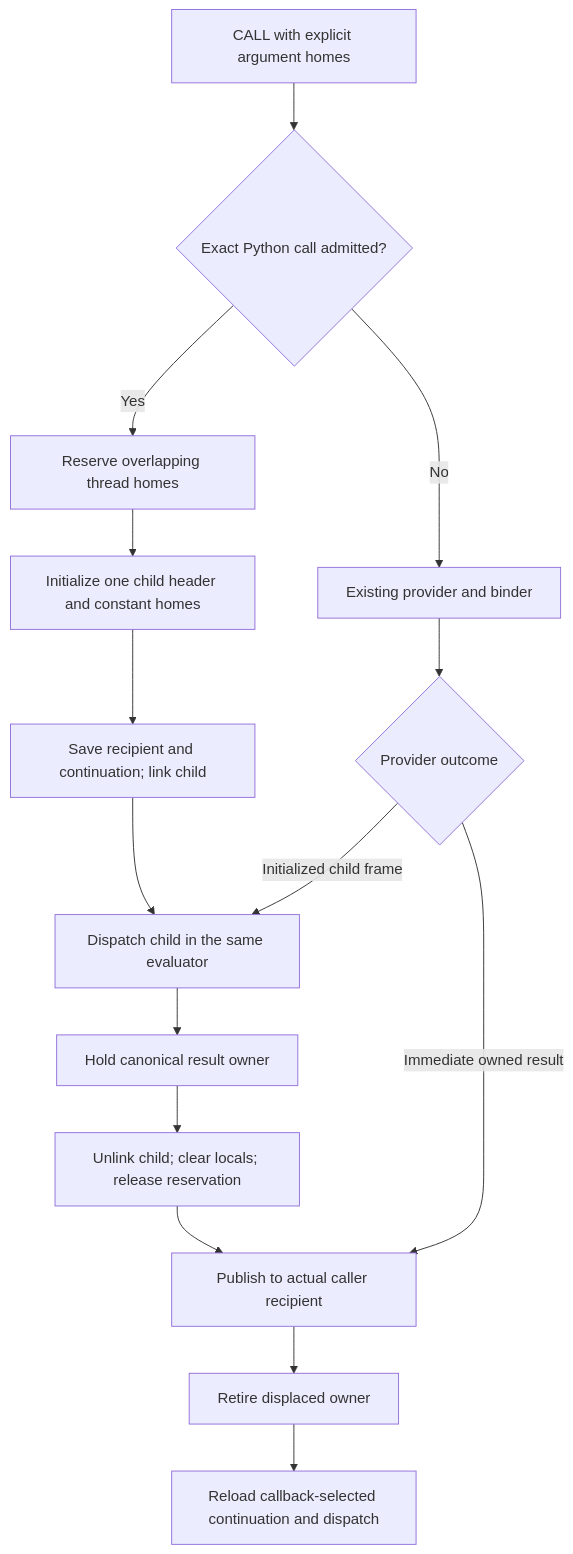
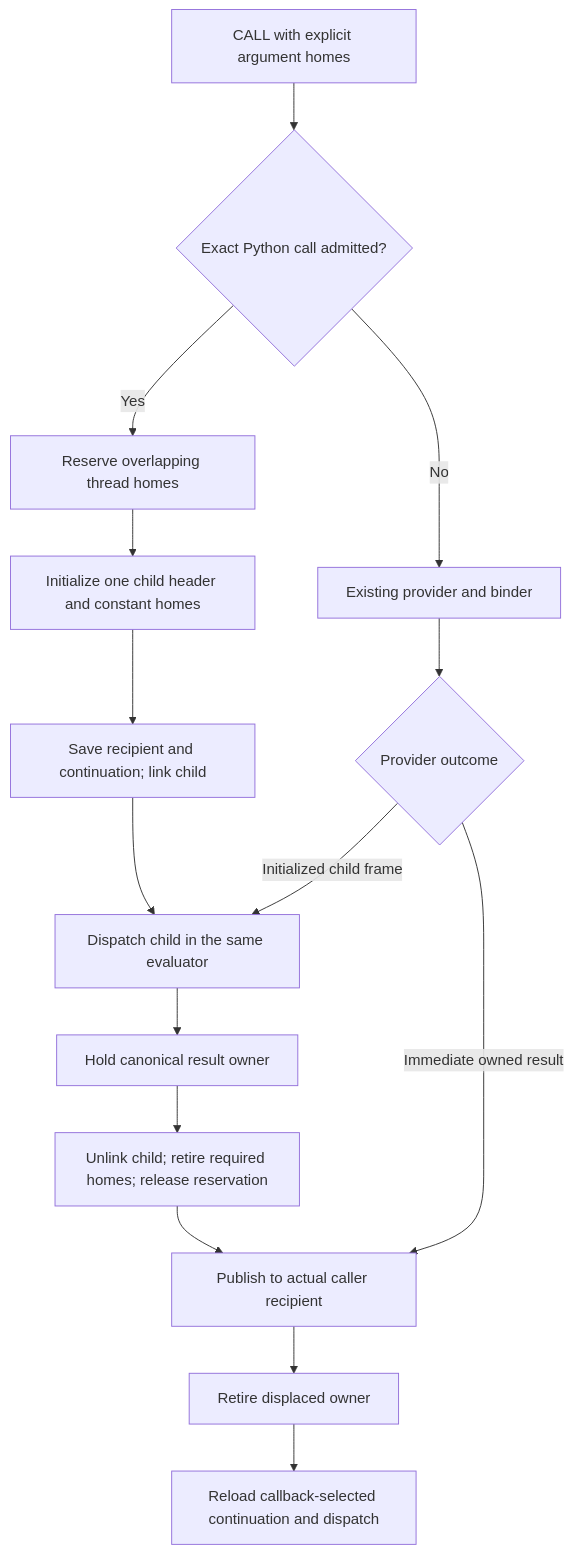
Before and after one commit to rjpower/cpython: the first of 3 diagrams in pyjit/design/activation-transfers.md, drawn with Mermaid. The commit also changed other lines of this file and 13 other files, not shown here.

````diff
--- a/pyjit/design/activation-transfers.md
+++ b/pyjit/design/activation-transfers.md
@@ -27,17 +28,17 @@
 ```mermaid
 flowchart TD
     call[CALL with explicit argument homes] --> admit{Exact Python call admitted?}
     admit -->|No| generic[Existing provider and binder]
     admit -->|Yes| storage[Reserve overlapping thread homes]
     storage --> init[Initialize one child header and constant homes]
     init --> enter[Save recipient and continuation; link child]
     enter --> dispatch[Dispatch child in the same evaluator]
     dispatch --> result[Hold canonical result owner]
-    result --> retire[Unlink child; clear locals; release reservation]
+    result --> retire[Unlink child; retire required homes; release reservation]
     retire --> publish[Publish to actual caller recipient]
     publish --> close[Retire displaced owner]
     close --> resume[Reload callback-selected continuation and dispatch]
     generic --> outcome{Provider outcome}
     outcome -->|Initialized child frame| dispatch
     outcome -->|Immediate owned result| publish
 ```
````
